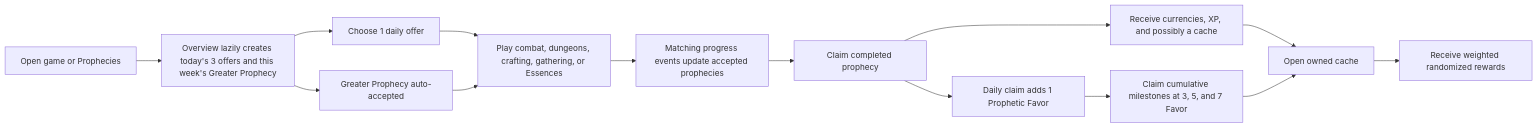
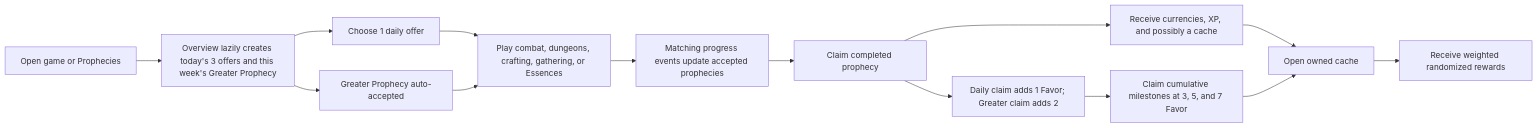
Before and after one commit to Dryppie/legends-legacy: the first of 2 diagrams in docs/prophecies-system-analysis.md, drawn with Mermaid. The commit also changed other lines of this file and 46 other files, not shown here.

````diff
--- a/docs/prophecies-system-analysis.md
+++ b/docs/prophecies-system-analysis.md
@@ -103,16 +103,16 @@
 ```mermaid
 flowchart LR
     A["Open game or Prophecies"] --> B["Overview lazily creates today's 3 offers and this week's Greater Prophecy"]
     B --> C["Choose 1 daily offer"]
     B --> D["Greater Prophecy auto-accepted"]
     C --> E["Play combat, dungeons, crafting, gathering, or Essences"]
     D --> E
     E --> F["Matching progress events update accepted prophecies"]
     F --> G["Claim completed prophecy"]
     G --> H["Receive currencies, XP, and possibly a cache"]
-    G --> I["Daily claim adds 1 Prophetic Favor"]
+    G --> I["Daily claim adds 1 Favor; Greater claim adds 2"]
     I --> J["Claim cumulative milestones at 3, 5, and 7 Favor"]
     H --> K["Open owned cache"]
     J --> K
     K --> L["Receive weighted randomized rewards"]
 ```
````
